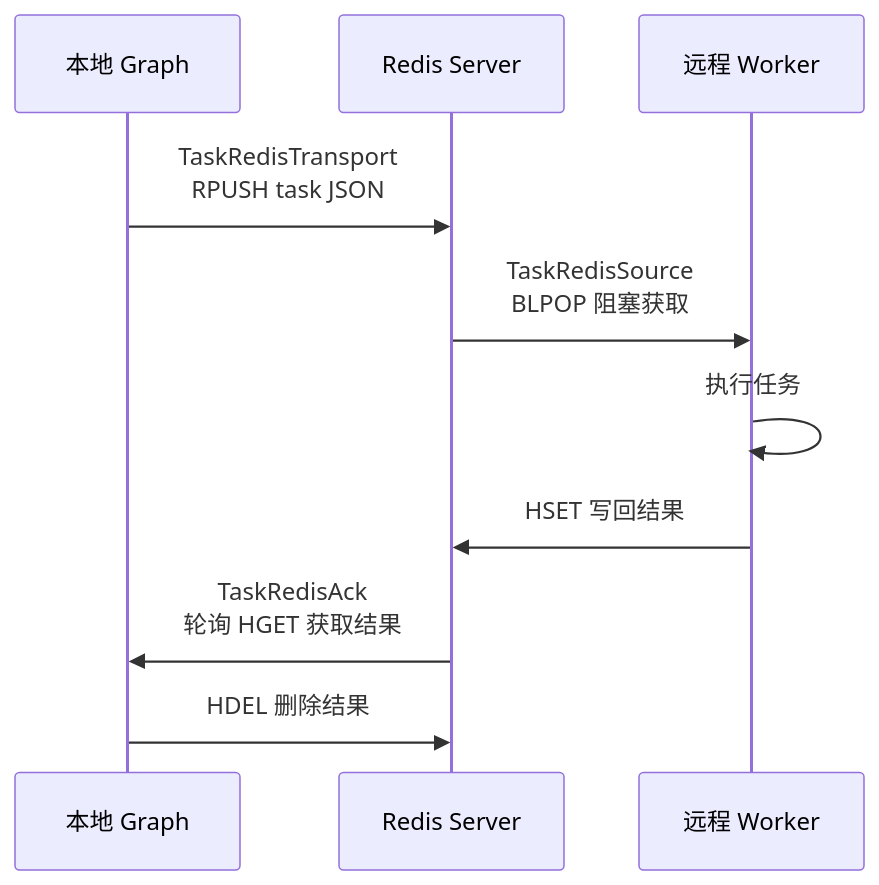
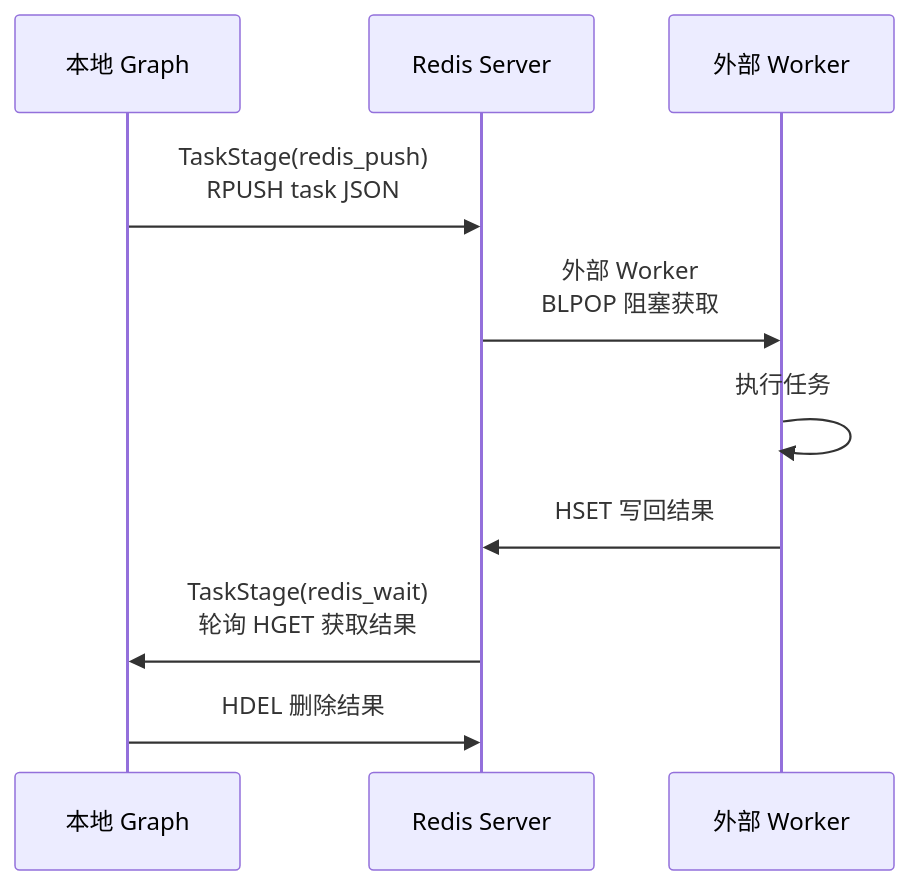
One commit to Mr-xiaotian/CelestialFlow changed the fifth of 9 diagrams in docs/zh-CN/presentation.md. Above: the diagram before and after it, drawn with Mermaid. The commit also changed other lines of this file and 6 other files, not shown here.

````diff
--- a/docs/zh-CN/presentation.md
+++ b/docs/zh-CN/presentation.md
@@ -285,13 +281,13 @@
 ```mermaid
 sequenceDiagram
     participant Local as 本地 Graph
     participant Redis as Redis Server
-    participant Remote as 远程 Worker
+    participant Remote as 外部 Worker
 
-    Local->>Redis: TaskRedisTransport<br/>RPUSH task JSON
-    Redis->>Remote: TaskRedisSource<br/>BLPOP 阻塞获取
+    Local->>Redis: TaskStage(redis_push)<br/>RPUSH task JSON
+    Redis->>Remote: 外部 Worker<br/>BLPOP 阻塞获取
     Remote->>Remote: 执行任务
     Remote->>Redis: HSET 写回结果
-    Redis->>Local: TaskRedisAck<br/>轮询 HGET 获取结果
+    Redis->>Local: TaskStage(redis_wait)<br/>轮询 HGET 获取结果
     Local->>Redis: HDEL 删除结果
 ```
````
